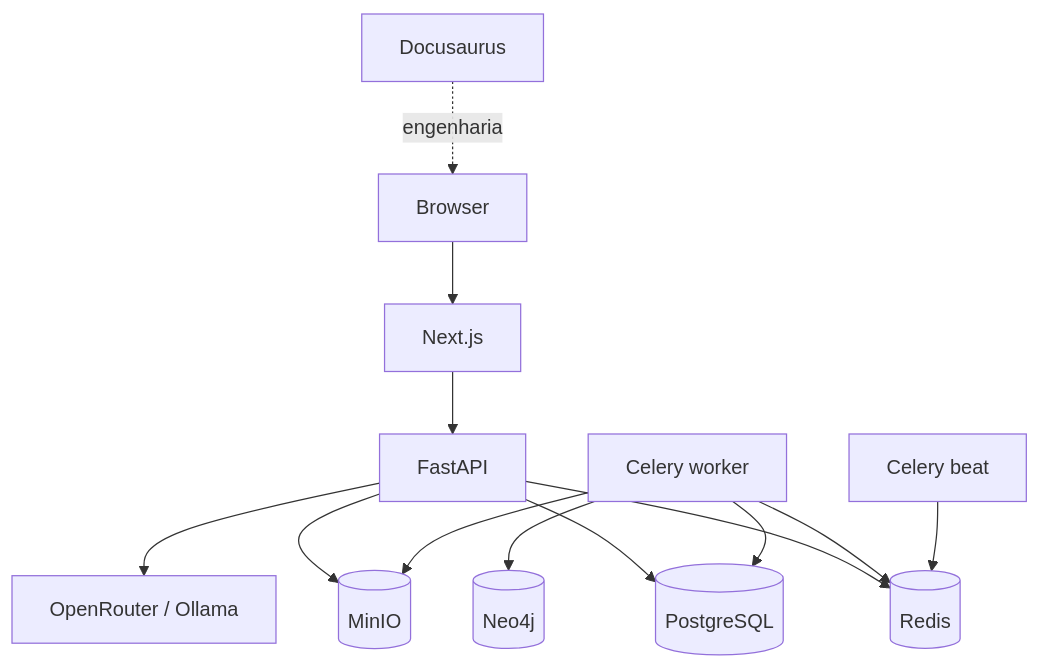
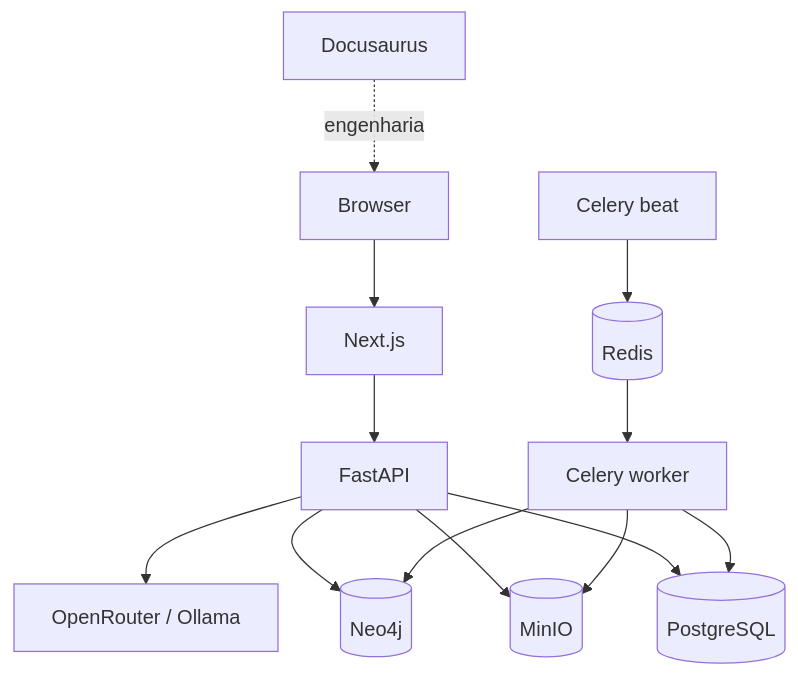
The diagram in docs/architecture/containers.md (gabriel-roque/alyvo), drawn with Mermaid before and after one commit. The commit also changed other lines of this file and 6 other files, not shown here.

````diff
--- a/docs/architecture/containers.md
+++ b/docs/architecture/containers.md
@@ -3,15 +3,15 @@
 ```mermaid
 flowchart TB
   Browser --> Web[Next.js]
   Web --> API[FastAPI]
   API --> PG[(PostgreSQL)]
-  API --> Redis[(Redis)]
   API --> MinIO[(MinIO)]
+  API --> Neo4j[(Neo4j)]
   API --> LLM[OpenRouter / Ollama]
   Worker[Celery worker] --> PG
-  Worker --> Redis
-  Worker --> Neo4j[(Neo4j)]
+  Beat[Celery beat] --> Redis[(Redis)]
+  Redis --> Worker
+  Worker --> Neo4j
   Worker --> MinIO
-  Beat[Celery beat] --> Redis
   Docs[Docusaurus] -. engenharia .-> Browser
 ```
````
